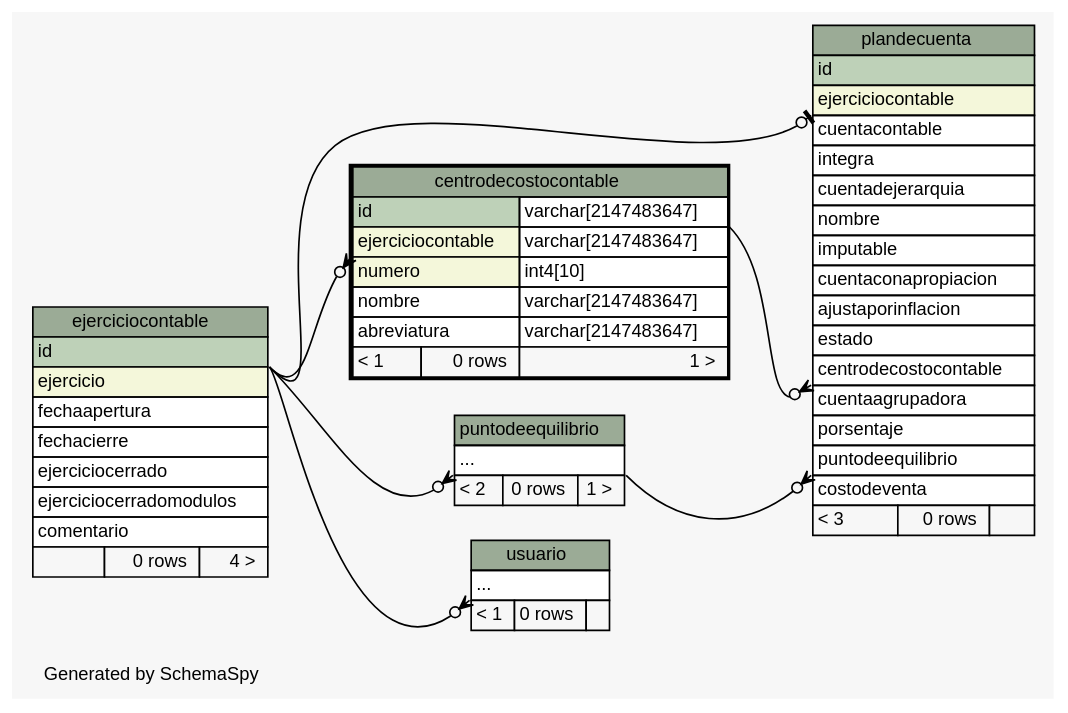
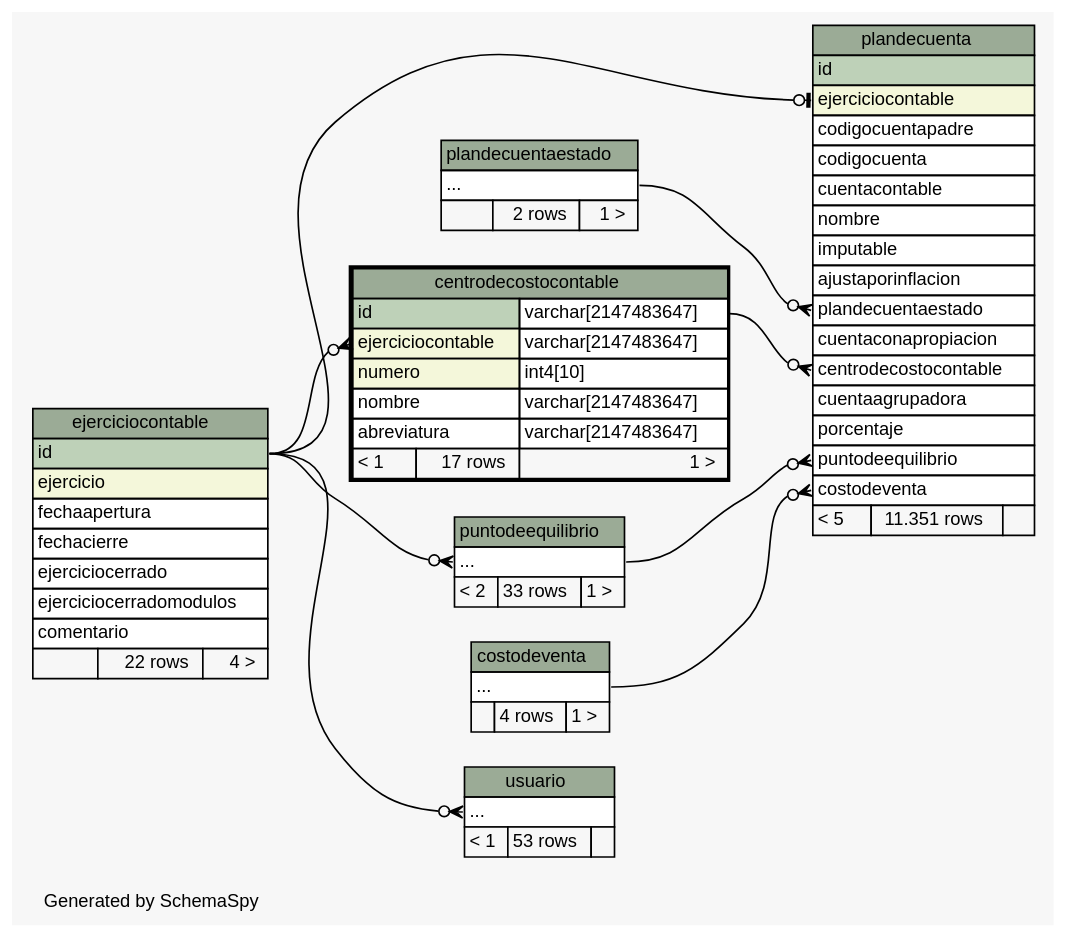
The diagram in sql/postgresql/schemaSpy/salida/diagrams/centrodecostocontable.2degrees.dot (sebaalvarez/massoftware), drawn with Graphviz before and after one commit. The commit also changed 651 other files, not shown here.

```diff
--- a/sql/postgresql/schemaSpy/salida/diagrams/centrodecostocontable.2degrees.dot
+++ b/sql/postgresql/schemaSpy/salida/diagrams/centrodecostocontable.2degrees.dot
@@ -1,102 +1,124 @@
-// dot 2.2.1 on Windows 10 10.0
+// dot 2.38.0 on Windows 10 10.0
 // SchemaSpy rev 590
 digraph "twoDegreesRelationshipsDiagram" {
   graph [
     rankdir="RL"
     bgcolor="#f7f7f7"
     label="\nGenerated by SchemaSpy"
     labeljust="l"
     nodesep="0.18"
     ranksep="0.46"
     fontname="Helvetica"
     fontsize="11"
   ];
   node [
     fontname="Helvetica"
     fontsize="11"
     shape="plaintext"
   ];
   edge [
     arrowsize="0.8"
   ];
-  "centrodecostocontable":"ejerciciocontable":sw -> "ejerciciocontable":"id":se [arrowhead=none dir=back arrowtail=crowodot];
-  "plandecuenta":"centrodecostocontable":sw -> "centrodecostocontable":"id.type":se [arrowhead=none dir=back arrowtail=crowodot];
-  "plandecuenta":"ejerciciocontable":sw -> "ejerciciocontable":"id":se [arrowhead=none dir=back arrowtail=teeodot];
-  "plandecuenta":"puntodeequilibrio":sw -> "puntodeequilibrio":"elipses":se [arrowhead=none dir=back arrowtail=crowodot];
-  "puntodeequilibrio":"elipses":sw -> "ejerciciocontable":"id":se [arrowhead=none dir=back arrowtail=crowodot];
-  "usuario":"elipses":sw -> "ejerciciocontable":"id":se [arrowhead=none dir=back arrowtail=crowodot];
+  "centrodecostocontable":"ejerciciocontable":w -> "ejerciciocontable":"id":e [arrowhead=none dir=back arrowtail=crowodot];
+  "plandecuenta":"centrodecostocontable":w -> "centrodecostocontable":"id.type":e [arrowhead=none dir=back arrowtail=crowodot];
+  "plandecuenta":"costodeventa":w -> "costodeventa":"elipses":e [arrowhead=none dir=back arrowtail=crowodot];
+  "plandecuenta":"ejerciciocontable":w -> "ejerciciocontable":"id":e [arrowhead=none dir=back arrowtail=teeodot];
+  "plandecuenta":"plandecuentaestado":w -> "plandecuentaestado":"elipses":e [arrowhead=none dir=back arrowtail=crowodot];
+  "plandecuenta":"puntodeequilibrio":w -> "puntodeequilibrio":"elipses":e [arrowhead=none dir=back arrowtail=crowodot];
+  "puntodeequilibrio":"elipses":w -> "ejerciciocontable":"id":e [arrowhead=none dir=back arrowtail=crowodot];
+  "usuario":"elipses":w -> "ejerciciocontable":"id":e [arrowhead=none dir=back arrowtail=crowodot];
   "centrodecostocontable" [
     label=<
     <TABLE BORDER="2" CELLBORDER="1" CELLSPACING="0" BGCOLOR="#ffffff">
       <TR><TD COLSPAN="3" BGCOLOR="#9bab96" ALIGN="CENTER">centrodecostocontable</TD></TR>
       <TR><TD PORT="id" COLSPAN="2" BGCOLOR="#bed1b8" ALIGN="LEFT">id</TD><TD PORT="id.type" ALIGN="LEFT">varchar[2147483647]</TD></TR>
       <TR><TD PORT="ejerciciocontable" COLSPAN="2" BGCOLOR="#f4f7da" ALIGN="LEFT">ejerciciocontable</TD><TD PORT="ejerciciocontable.type" ALIGN="LEFT">varchar[2147483647]</TD></TR>
       <TR><TD PORT="numero" COLSPAN="2" BGCOLOR="#f4f7da" ALIGN="LEFT">numero</TD><TD PORT="numero.type" ALIGN="LEFT">int4[10]</TD></TR>
       <TR><TD PORT="nombre" COLSPAN="2" ALIGN="LEFT">nombre</TD><TD PORT="nombre.type" ALIGN="LEFT">varchar[2147483647]</TD></TR>
       <TR><TD PORT="abreviatura" COLSPAN="2" ALIGN="LEFT">abreviatura</TD><TD PORT="abreviatura.type" ALIGN="LEFT">varchar[2147483647]</TD></TR>
-      <TR><TD ALIGN="LEFT" BGCOLOR="#f7f7f7">&lt; 1</TD><TD ALIGN="RIGHT" BGCOLOR="#f7f7f7">0 rows</TD><TD ALIGN="RIGHT" BGCOLOR="#f7f7f7">1 &gt;</TD></TR>
+      <TR><TD ALIGN="LEFT" BGCOLOR="#f7f7f7">&lt; 1</TD><TD ALIGN="RIGHT" BGCOLOR="#f7f7f7">17 rows</TD><TD ALIGN="RIGHT" BGCOLOR="#f7f7f7">1 &gt;</TD></TR>
     </TABLE>>
     URL="centrodecostocontable.html"
     tooltip="centrodecostocontable"
+  ];
+  "costodeventa" [
+    label=<
+    <TABLE BORDER="0" CELLBORDER="1" CELLSPACING="0" BGCOLOR="#ffffff">
+      <TR><TD COLSPAN="3" BGCOLOR="#9bab96" ALIGN="CENTER">costodeventa</TD></TR>
+      <TR><TD PORT="elipses" COLSPAN="3" ALIGN="LEFT">...</TD></TR>
+      <TR><TD ALIGN="LEFT" BGCOLOR="#f7f7f7">  </TD><TD ALIGN="RIGHT" BGCOLOR="#f7f7f7">4 rows</TD><TD ALIGN="RIGHT" BGCOLOR="#f7f7f7">1 &gt;</TD></TR>
+    </TABLE>>
+    URL="costodeventa.html"
+    tooltip="costodeventa"
   ];
   "ejerciciocontable" [
     label=<
     <TABLE BORDER="0" CELLBORDER="1" CELLSPACING="0" BGCOLOR="#ffffff">
       <TR><TD COLSPAN="3" BGCOLOR="#9bab96" ALIGN="CENTER">ejerciciocontable</TD></TR>
       <TR><TD PORT="id" COLSPAN="3" BGCOLOR="#bed1b8" ALIGN="LEFT">id</TD></TR>
       <TR><TD PORT="ejercicio" COLSPAN="3" BGCOLOR="#f4f7da" ALIGN="LEFT">ejercicio</TD></TR>
       <TR><TD PORT="fechaapertura" COLSPAN="3" ALIGN="LEFT">fechaapertura</TD></TR>
       <TR><TD PORT="fechacierre" COLSPAN="3" ALIGN="LEFT">fechacierre</TD></TR>
       <TR><TD PORT="ejerciciocerrado" COLSPAN="3" ALIGN="LEFT">ejerciciocerrado</TD></TR>
       <TR><TD PORT="ejerciciocerradomodulos" COLSPAN="3" ALIGN="LEFT">ejerciciocerradomodulos</TD></TR>
       <TR><TD PORT="comentario" COLSPAN="3" ALIGN="LEFT">comentario</TD></TR>
-      <TR><TD ALIGN="LEFT" BGCOLOR="#f7f7f7">  </TD><TD ALIGN="RIGHT" BGCOLOR="#f7f7f7">0 rows</TD><TD ALIGN="RIGHT" BGCOLOR="#f7f7f7">4 &gt;</TD></TR>
+      <TR><TD ALIGN="LEFT" BGCOLOR="#f7f7f7">  </TD><TD ALIGN="RIGHT" BGCOLOR="#f7f7f7">22 rows</TD><TD ALIGN="RIGHT" BGCOLOR="#f7f7f7">4 &gt;</TD></TR>
     </TABLE>>
     URL="ejerciciocontable.html"
     tooltip="ejerciciocontable"
   ];
   "plandecuenta" [
     label=<
     <TABLE BORDER="0" CELLBORDER="1" CELLSPACING="0" BGCOLOR="#ffffff">
       <TR><TD COLSPAN="3" BGCOLOR="#9bab96" ALIGN="CENTER">plandecuenta</TD></TR>
       <TR><TD PORT="id" COLSPAN="3" BGCOLOR="#bed1b8" ALIGN="LEFT">id</TD></TR>
       <TR><TD PORT="ejerciciocontable" COLSPAN="3" BGCOLOR="#f4f7da" ALIGN="LEFT">ejerciciocontable</TD></TR>
+      <TR><TD PORT="codigocuentapadre" COLSPAN="3" ALIGN="LEFT">codigocuentapadre</TD></TR>
+      <TR><TD PORT="codigocuenta" COLSPAN="3" ALIGN="LEFT">codigocuenta</TD></TR>
       <TR><TD PORT="cuentacontable" COLSPAN="3" ALIGN="LEFT">cuentacontable</TD></TR>
-      <TR><TD PORT="integra" COLSPAN="3" ALIGN="LEFT">integra</TD></TR>
-      <TR><TD PORT="cuentadejerarquia" COLSPAN="3" ALIGN="LEFT">cuentadejerarquia</TD></TR>
       <TR><TD PORT="nombre" COLSPAN="3" ALIGN="LEFT">nombre</TD></TR>
       <TR><TD PORT="imputable" COLSPAN="3" ALIGN="LEFT">imputable</TD></TR>
+      <TR><TD PORT="ajustaporinflacion" COLSPAN="3" ALIGN="LEFT">ajustaporinflacion</TD></TR>
+      <TR><TD PORT="plandecuentaestado" COLSPAN="3" ALIGN="LEFT">plandecuentaestado</TD></TR>
       <TR><TD PORT="cuentaconapropiacion" COLSPAN="3" ALIGN="LEFT">cuentaconapropiacion</TD></TR>
-      <TR><TD PORT="ajustaporinflacion" COLSPAN="3" ALIGN="LEFT">ajustaporinflacion</TD></TR>
-      <TR><TD PORT="estado" COLSPAN="3" ALIGN="LEFT">estado</TD></TR>
       <TR><TD PORT="centrodecostocontable" COLSPAN="3" ALIGN="LEFT">centrodecostocontable</TD></TR>
       <TR><TD PORT="cuentaagrupadora" COLSPAN="3" ALIGN="LEFT">cuentaagrupadora</TD></TR>
-      <TR><TD PORT="porsentaje" COLSPAN="3" ALIGN="LEFT">porsentaje</TD></TR>
+      <TR><TD PORT="porcentaje" COLSPAN="3" ALIGN="LEFT">porcentaje</TD></TR>
       <TR><TD PORT="puntodeequilibrio" COLSPAN="3" ALIGN="LEFT">puntodeequilibrio</TD></TR>
       <TR><TD PORT="costodeventa" COLSPAN="3" ALIGN="LEFT">costodeventa</TD></TR>
-      <TR><TD ALIGN="LEFT" BGCOLOR="#f7f7f7">&lt; 3</TD><TD ALIGN="RIGHT" BGCOLOR="#f7f7f7">0 rows</TD><TD ALIGN="RIGHT" BGCOLOR="#f7f7f7">  </TD></TR>
+      <TR><TD ALIGN="LEFT" BGCOLOR="#f7f7f7">&lt; 5</TD><TD ALIGN="RIGHT" BGCOLOR="#f7f7f7">11.351 rows</TD><TD ALIGN="RIGHT" BGCOLOR="#f7f7f7">  </TD></TR>
     </TABLE>>
     URL="plandecuenta.html"
     tooltip="plandecuenta"
+  ];
+  "plandecuentaestado" [
+    label=<
+    <TABLE BORDER="0" CELLBORDER="1" CELLSPACING="0" BGCOLOR="#ffffff">
+      <TR><TD COLSPAN="3" BGCOLOR="#9bab96" ALIGN="CENTER">plandecuentaestado</TD></TR>
+      <TR><TD PORT="elipses" COLSPAN="3" ALIGN="LEFT">...</TD></TR>
+      <TR><TD ALIGN="LEFT" BGCOLOR="#f7f7f7">  </TD><TD ALIGN="RIGHT" BGCOLOR="#f7f7f7">2 rows</TD><TD ALIGN="RIGHT" BGCOLOR="#f7f7f7">1 &gt;</TD></TR>
+    </TABLE>>
+    URL="plandecuentaestado.html"
+    tooltip="plandecuentaestado"
   ];
   "puntodeequilibrio" [
     label=<
     <TABLE BORDER="0" CELLBORDER="1" CELLSPACING="0" BGCOLOR="#ffffff">
       <TR><TD COLSPAN="3" BGCOLOR="#9bab96" ALIGN="CENTER">puntodeequilibrio</TD></TR>
       <TR><TD PORT="elipses" COLSPAN="3" ALIGN="LEFT">...</TD></TR>
-      <TR><TD ALIGN="LEFT" BGCOLOR="#f7f7f7">&lt; 2</TD><TD ALIGN="RIGHT" BGCOLOR="#f7f7f7">0 rows</TD><TD ALIGN="RIGHT" BGCOLOR="#f7f7f7">1 &gt;</TD></TR>
+      <TR><TD ALIGN="LEFT" BGCOLOR="#f7f7f7">&lt; 2</TD><TD ALIGN="RIGHT" BGCOLOR="#f7f7f7">33 rows</TD><TD ALIGN="RIGHT" BGCOLOR="#f7f7f7">1 &gt;</TD></TR>
     </TABLE>>
     URL="puntodeequilibrio.html"
     tooltip="puntodeequilibrio"
   ];
   "usuario" [
     label=<
     <TABLE BORDER="0" CELLBORDER="1" CELLSPACING="0" BGCOLOR="#ffffff">
       <TR><TD COLSPAN="3" BGCOLOR="#9bab96" ALIGN="CENTER">usuario</TD></TR>
       <TR><TD PORT="elipses" COLSPAN="3" ALIGN="LEFT">...</TD></TR>
-      <TR><TD ALIGN="LEFT" BGCOLOR="#f7f7f7">&lt; 1</TD><TD ALIGN="RIGHT" BGCOLOR="#f7f7f7">0 rows</TD><TD ALIGN="RIGHT" BGCOLOR="#f7f7f7">  </TD></TR>
+      <TR><TD ALIGN="LEFT" BGCOLOR="#f7f7f7">&lt; 1</TD><TD ALIGN="RIGHT" BGCOLOR="#f7f7f7">53 rows</TD><TD ALIGN="RIGHT" BGCOLOR="#f7f7f7">  </TD></TR>
     </TABLE>>
     URL="usuario.html"
     tooltip="usuario"
   ];
 }
```
